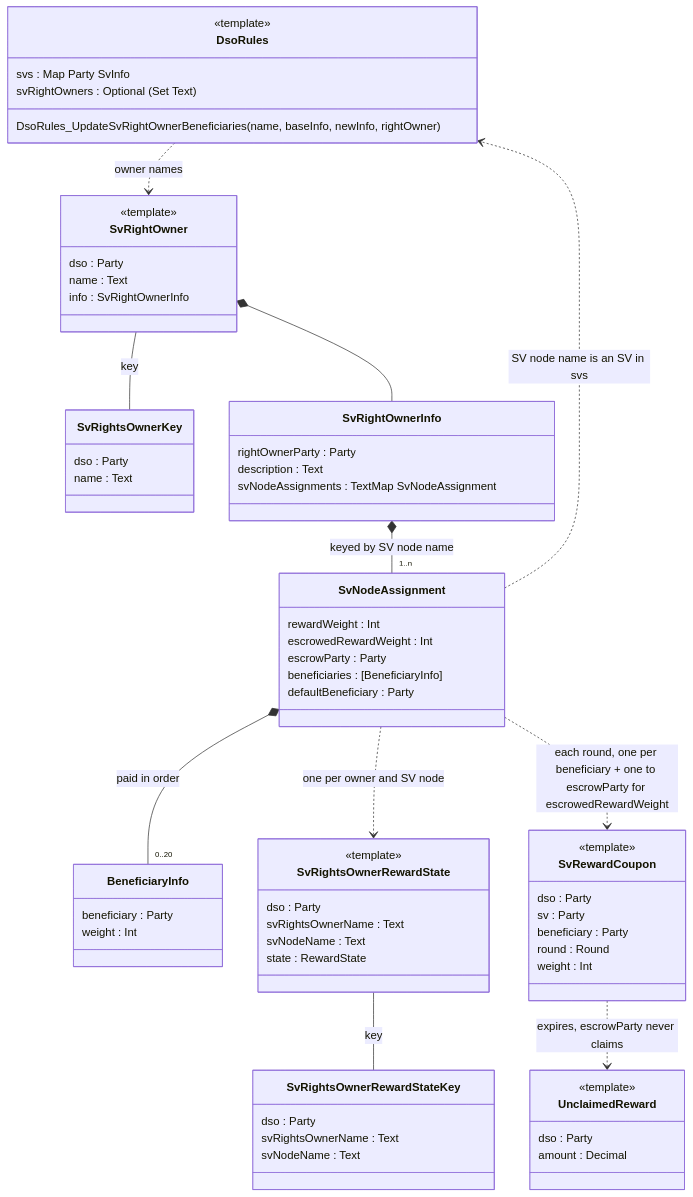
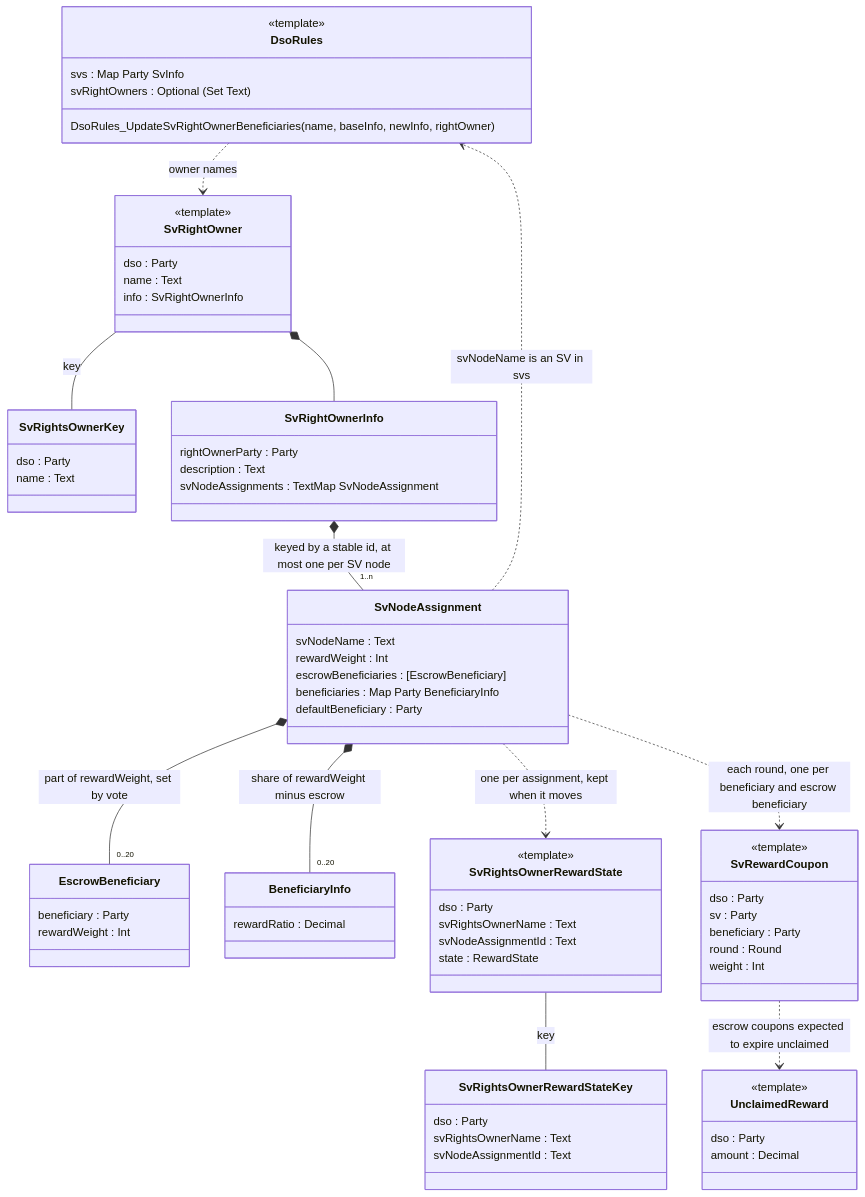
Before and after one commit to canton-network/splice: the diagram in SV_RIGHTS_OWNERS_POC.md, drawn with Mermaid. The commit also changed other lines of this file and 3 other files, not shown here.

````diff
--- a/SV_RIGHTS_OWNERS_POC.md
+++ b/SV_RIGHTS_OWNERS_POC.md
@@ -3,71 +3,75 @@
 ```mermaid
 classDiagram
     direction TB
     class DsoRules {
         <<template>>
         svs : Map Party SvInfo
         svRightOwners : Optional #40;Set Text#41;
         DsoRules_UpdateSvRightOwnerBeneficiaries(name, baseInfo, newInfo, rightOwner)
     }
     class SvRightOwner {
         <<template>>
         dso : Party
         name : Text
         info : SvRightOwnerInfo
     }
     class SvRightsOwnerKey {
         dso : Party
         name : Text
     }
     class SvRightOwnerInfo {
         rightOwnerParty : Party
         description : Text
         svNodeAssignments : TextMap SvNodeAssignment
     }
     class SvNodeAssignment {
+        svNodeName : Text
         rewardWeight : Int
-        escrowedRewardWeight : Int
-        escrowParty : Party
-        beneficiaries : [BeneficiaryInfo]
+        escrowBeneficiaries : [EscrowBeneficiary]
+        beneficiaries : Map Party BeneficiaryInfo
         defaultBeneficiary : Party
     }
+    class EscrowBeneficiary {
+        beneficiary : Party
+        rewardWeight : Int
+    }
     class BeneficiaryInfo {
-        beneficiary : Party
-        weight : Int
+        rewardRatio : Decimal
     }
     class SvRewardCoupon {
         <<template>>
         dso : Party
         sv : Party
         beneficiary : Party
         round : Round
         weight : Int
     }
     class UnclaimedReward {
         <<template>>
         dso : Party
         amount : Decimal
     }
     class SvRightsOwnerRewardState {
         <<template>>
         dso : Party
         svRightsOwnerName : Text
-        svNodeName : Text
+        svNodeAssignmentId : Text
         state : RewardState
     }
     class SvRightsOwnerRewardStateKey {
         dso : Party
         svRightsOwnerName : Text
-        svNodeName : Text
+        svNodeAssignmentId : Text
     }
     DsoRules ..> SvRightOwner : owner names
     SvRightOwner -- SvRightsOwnerKey : key
     SvRightOwner *-- SvRightOwnerInfo
-    SvRightOwnerInfo *-- "1..n" SvNodeAssignment : keyed by SV node name
-    SvNodeAssignment *-- "0..20" BeneficiaryInfo : paid in order
-    SvNodeAssignment ..> DsoRules : SV node name is an SV in svs
-    SvNodeAssignment ..> SvRightsOwnerRewardState : one per owner and SV node
+    SvRightOwnerInfo *-- "1..n" SvNodeAssignment : keyed by a stable id, at most one per SV node
+    SvNodeAssignment *-- "0..20" EscrowBeneficiary : part of rewardWeight, set by vote
+    SvNodeAssignment *-- "0..20" BeneficiaryInfo : share of rewardWeight minus escrow
+    SvNodeAssignment ..> DsoRules : svNodeName is an SV in svs
+    SvNodeAssignment ..> SvRightsOwnerRewardState : one per assignment, kept when it moves
     SvRightsOwnerRewardState -- SvRightsOwnerRewardStateKey : key
-    SvNodeAssignment ..> SvRewardCoupon : each round, one per beneficiary + one to escrowParty for escrowedRewardWeight
-    SvRewardCoupon ..> UnclaimedReward : expires, escrowParty never claims
+    SvNodeAssignment ..> SvRewardCoupon : each round, one per beneficiary and escrow beneficiary
+    SvRewardCoupon ..> UnclaimedReward : escrow coupons expected to expire unclaimed
 ```
````
